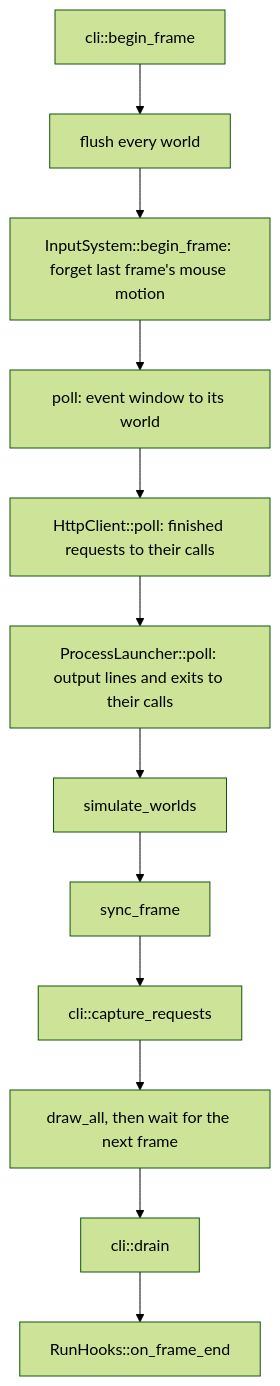
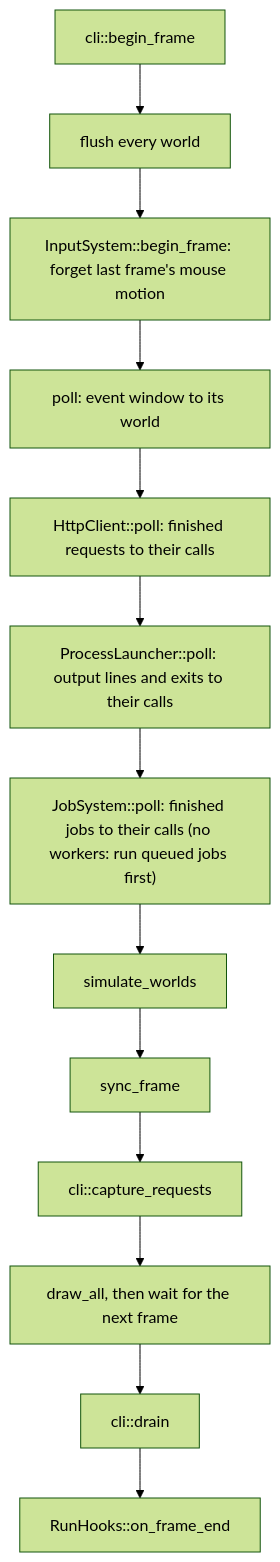
Before and after one commit to wismh/wind-engine: the diagram in docs/tech/architecture/Runtime Loop.md, drawn with Mermaid (forest theme). The commit also changed other lines of this file and 10 other files, not shown here.

````diff
--- a/docs/tech/architecture/Runtime Loop.md
+++ b/docs/tech/architecture/Runtime Loop.md
@@ -56,14 +56,15 @@
 ```mermaid
 flowchart TD
   A["cli::begin_frame"] --> B["flush every world"]
   B --> B2["InputSystem::begin_frame: forget last frame's mouse motion"]
   B2 --> C["poll: event window to its world"]
   C --> C2["HttpClient::poll: finished requests to their calls"]
   C2 --> C3["ProcessLauncher::poll: output lines and exits to their calls"]
-  C3 --> D["simulate_worlds"]
+  C3 --> C4["JobSystem::poll: finished jobs to their calls (no workers: run queued jobs first)"]
+  C4 --> D["simulate_worlds"]
   D --> E["sync_frame"]
   E --> E2["cli::capture_requests"]
   E2 --> F["draw_all, then wait for the next frame"]
   F --> G["cli::drain"]
   G --> H["RunHooks::on_frame_end"]
 ```
````
